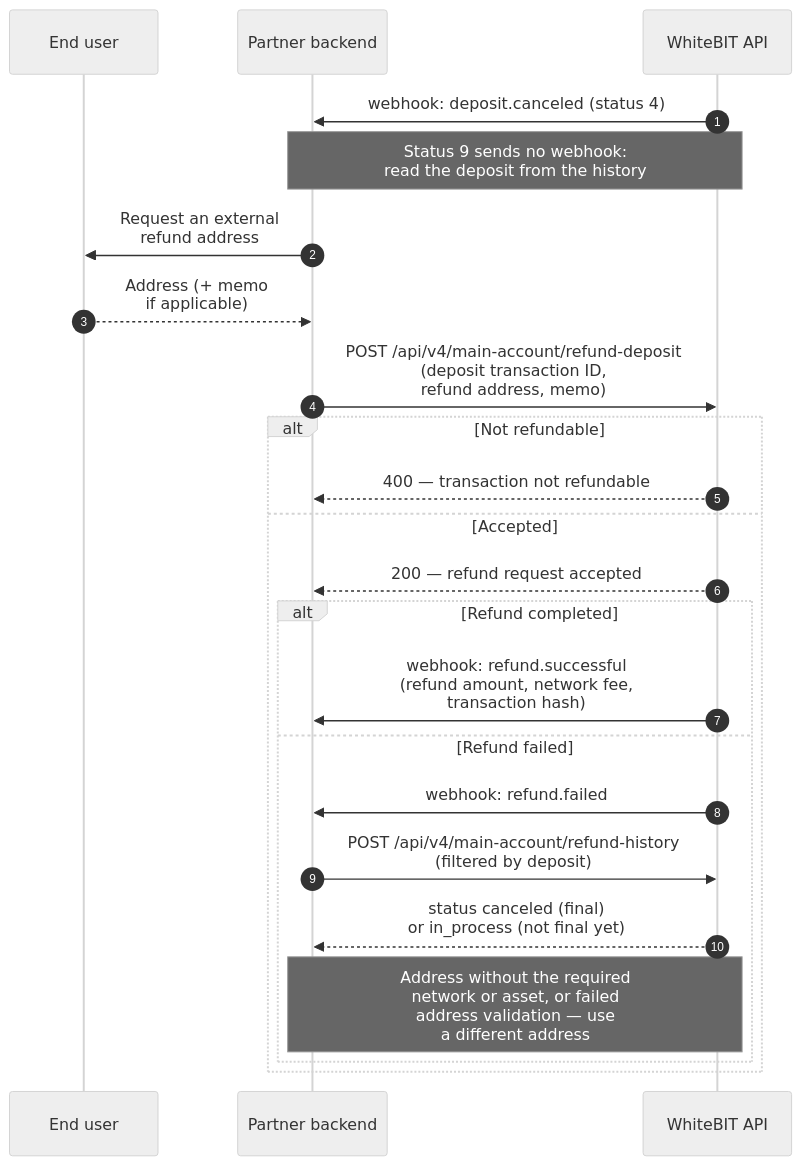
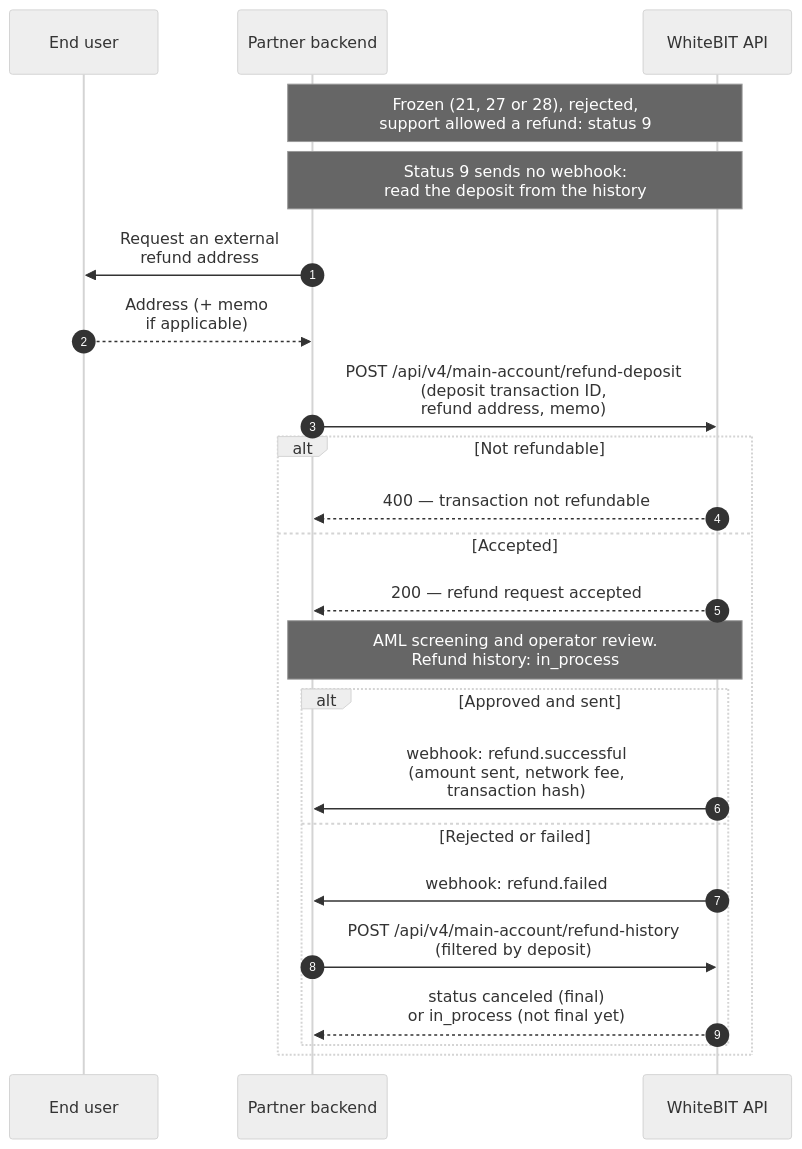
One commit to whitebit-exchange/docs changed the sixth of 10 diagrams in guides/payment-integration.mdx. Above: the diagram before and after it, drawn with Mermaid (neutral theme). The commit also changed other lines of this file and 9 other files, not shown here.

First line of the commit message:
docs(api): refund only frozen status-9 deposits

````diff
--- a/guides/payment-integration.mdx
+++ b/guides/payment-integration.mdx
@@ -420,26 +431,26 @@
 ```mermaid
 sequenceDiagram
     autonumber
     participant U as End user
     participant P as Partner backend
     participant W as WhiteBIT API
 
-    W->>P: webhook: deposit.canceled (status 4)
+    Note over P,W: Frozen (21, 27 or 28), rejected,<br/>support allowed a refund: status 9
     Note over P,W: Status 9 sends no webhook:<br/>read the deposit from the history
     P->>U: Request an external<br/>refund address
     U-->>P: Address (+ memo<br/>if applicable)
     P->>W: POST /api/v4/main-account/refund-deposit<br/>(deposit transaction ID,<br/>refund address, memo)
     alt Not refundable
         W-->>P: 400 — transaction not refundable
     else Accepted
         W-->>P: 200 — refund request accepted
-        alt Refund completed
-            W->>P: webhook: refund.successful<br/>(refund amount, network fee,<br/>transaction hash)
-        else Refund failed
+        Note over P,W: AML screening and operator review.<br/>Refund history: in_process
+        alt Approved and sent
+            W->>P: webhook: refund.successful<br/>(amount sent, network fee,<br/>transaction hash)
+        else Rejected or failed
             W->>P: webhook: refund.failed
             P->>W: POST /api/v4/main-account/refund-history<br/>(filtered by deposit)
             W-->>P: status canceled (final)<br/>or in_process (not final yet)
-            Note over P,W: Address without the required<br/>network or asset, or failed<br/>address validation — use<br/>a different address
         end
     end
 ```
````
